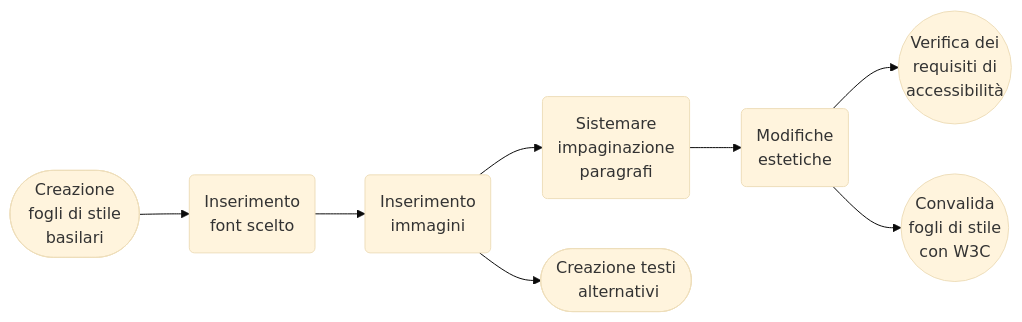
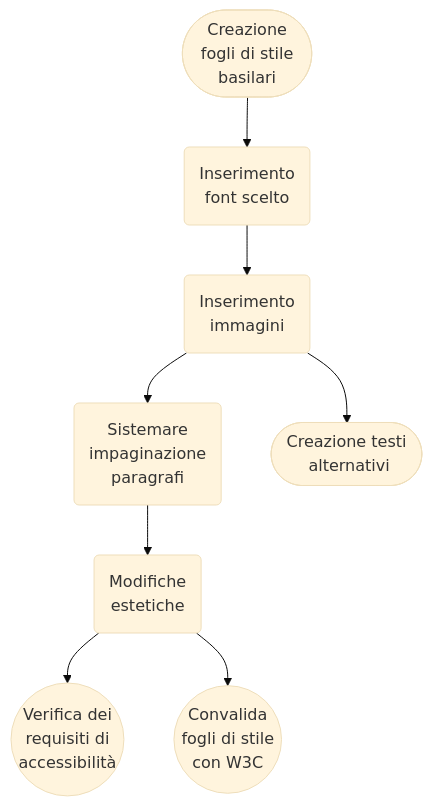
The third of 4 diagrams in RelazioneProgettoEsame.md (borlini123/Relazione-Progetto_Editoria-Digitale-2023-2024), drawn with Mermaid (base theme) before and after one commit. The commit also changed other lines of this file, not shown here.

Commit message:
Modifica flowchart per più facile lettura

````diff
--- a/RelazioneProgettoEsame.md
+++ b/RelazioneProgettoEsame.md
@@ -113,9 +113,9 @@
 ```mermaid
-flowchart LR
+flowchart TB
   A(["Creazione <br> fogli di stile <br> basilari"]) --> B("Inserimento <br> font scelto")
   B --> C("Inserimento<br>immagini")
   C --> D("Sistemare <br> impaginazione <br>paragrafi") & E(["Creazione testi<br>&nbsp;alternativi"])
   D --> F("Modifiche <br>estetiche")
   F --> G(("Verifica dei <br>requisiti di <br>accessibilità")) & H(("Convalida <br>fogli di stile <br>con W3C"))
 
 ``` 
````
